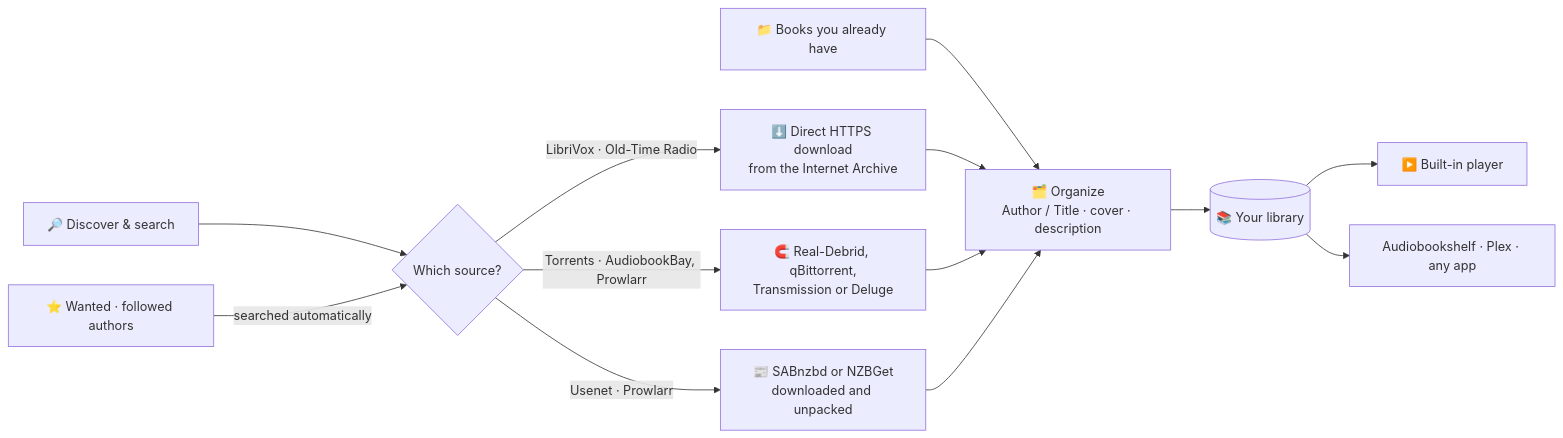
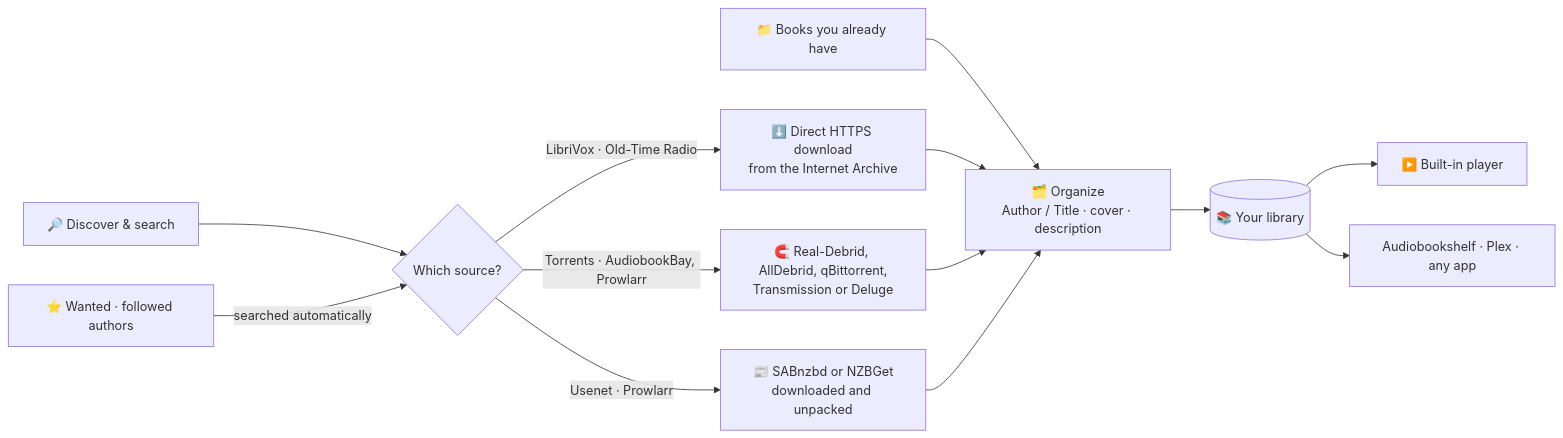
The diagram in README.md (narratarr/narratarr), drawn with Mermaid before and after one commit. The commit also changed other lines of this file and 12 other files, not shown here.

Commit message:
Narratarr 0.7.3: AllDebrid, connected with a code

````diff
--- a/README.md
+++ b/README.md
@@ -209,15 +209,15 @@
 ```mermaid
 flowchart LR
     A["🔎 Discover & search"] --> B{"Which source?"}
     B -- "LibriVox · Old-Time Radio" --> C["⬇️ Direct HTTPS download<br/>from the Internet Archive"]
-    B -- "Torrents · AudiobookBay, Prowlarr" --> D["🧲 Real-Debrid, qBittorrent,<br/>Transmission or Deluge"]
+    B -- "Torrents · AudiobookBay, Prowlarr" --> D["🧲 Real-Debrid, AllDebrid, qBittorrent,<br/>Transmission or Deluge"]
     B -- "Usenet · Prowlarr" --> U["📰 SABnzbd or NZBGet<br/>downloaded and unpacked"]
     W["⭐ Wanted · followed authors"] -- "searched automatically" --> B
     I["📁 Books you already have"] --> E
     C --> E["🗂️ Organize<br/>Author / Title · cover · description"]
     D --> E
     U --> E
     E --> F[("📚 Your library")]
     F --> G["▶️ Built-in player"]
     F --> H["Audiobookshelf · Plex · any app"]
 ```
````
